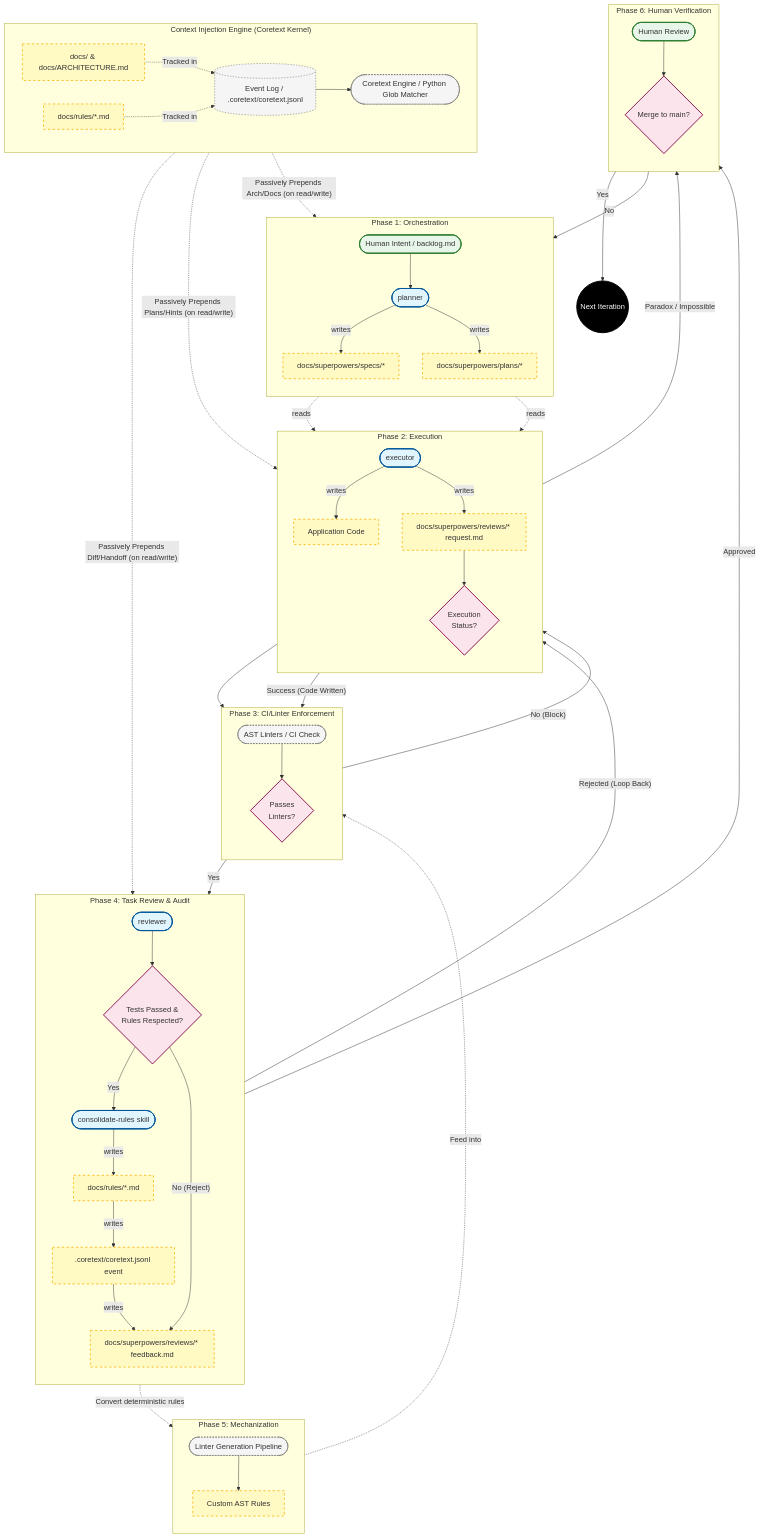
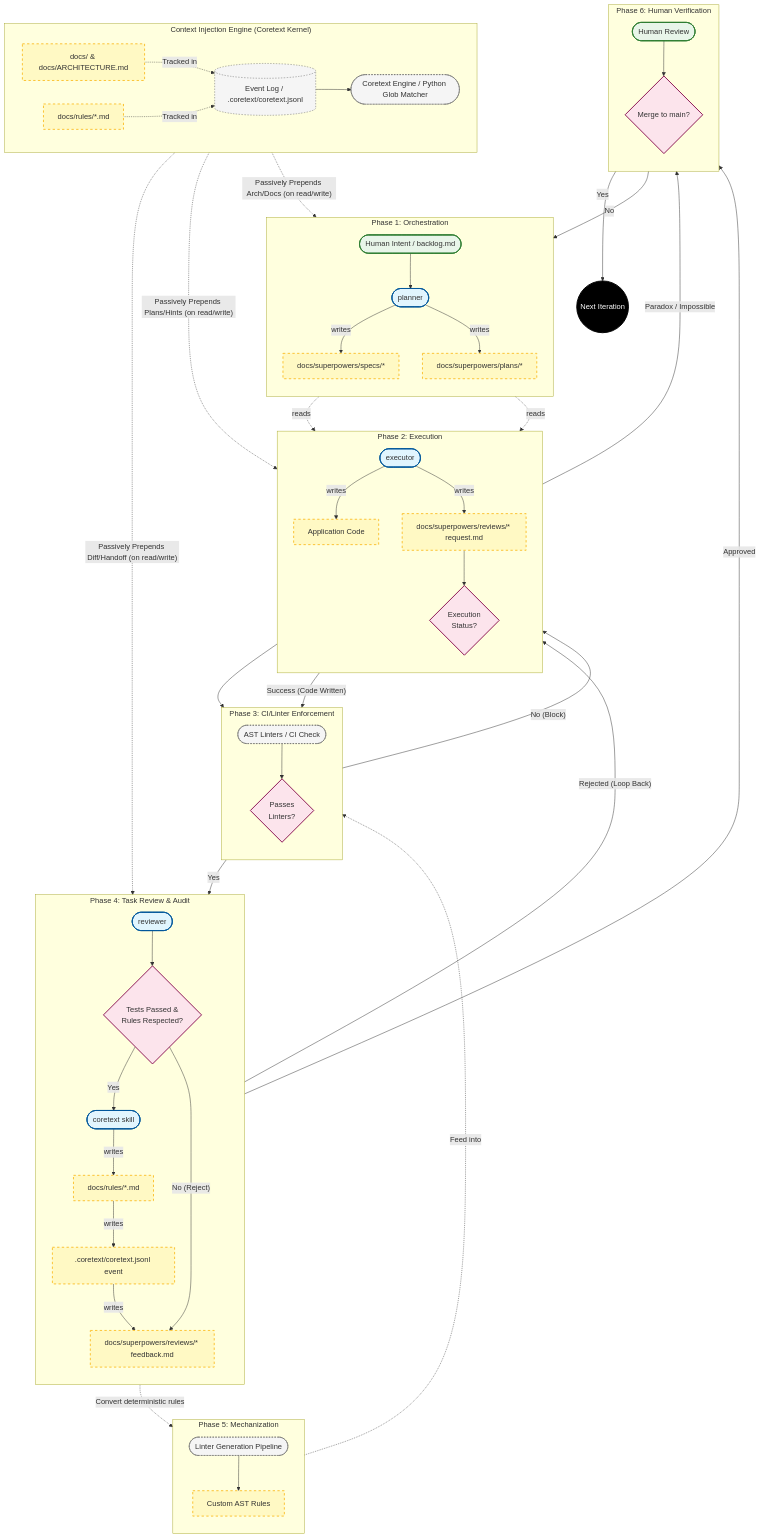
One commit to coretexthq/coretext changed the diagram in docs/coretext/coretext_flowchart.md. Above: the diagram before and after it, drawn with Mermaid. The commit also changed 131 other files, not shown here.

Commit message:
feat: initialize Coretext graph UI dashboard and restructure coretext-package with updated agent rules and session management.

```diff
--- a/docs/coretext/coretext_flowchart.md
+++ b/docs/coretext/coretext_flowchart.md
@@ -64,7 +64,7 @@
         direction TB
         A_Reviewer([reviewer]):::agent
         Check_Audit{Tests Passed &<br/>Rules Respected?}:::decision
-        A_Knowledge([consolidate-rules skill]):::agent
+        A_Knowledge([coretext skill]):::agent
         A_Rules[docs/rules/*.md]:::artifact
         A_ExpUpdate[.coretext/coretext.jsonl event]:::artifact
         A_Handoff_Final[docs/superpowers/reviews/* feedback.md]:::artifact
```
